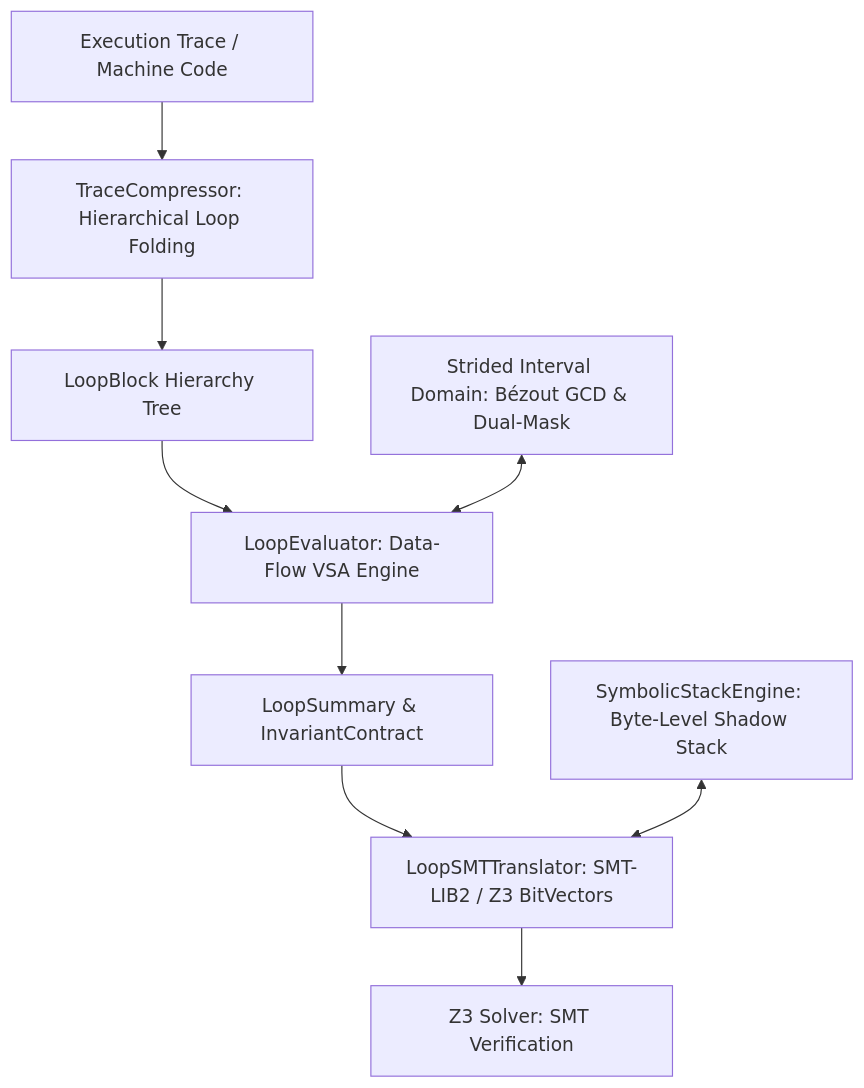
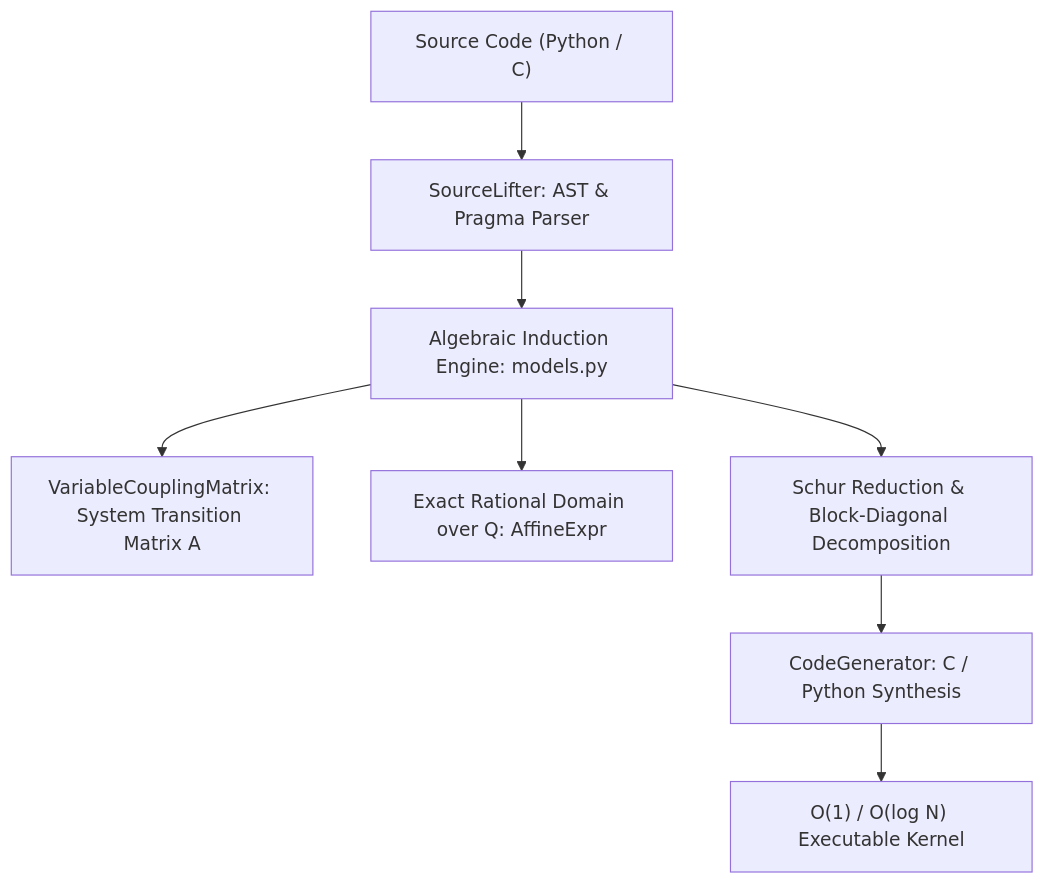
Before and after one commit to asama7706r-ui/strilight: the diagram in README.md, drawn with Mermaid. The commit also changed other lines of this file and 775 other files, not shown here.

Commit message:
release: v0.2.0 - High-Performance Algebraic Loop Acceleration & Exact Rational Recurrence Engine

````diff
--- a/README.md
+++ b/README.md
@@ -53,11 +82,10 @@
 ```mermaid
-graph TD
-    TRACE["Execution Trace / Machine Code"] --> COMP["TraceCompressor: Hierarchical Loop Folding"]
-    COMP --> LBLOCK["LoopBlock Hierarchy Tree"]
-    LBLOCK --> VSA["LoopEvaluator: Data-Flow VSA Engine"]
-    VSA --> SUMMARY["LoopSummary & InvariantContract"]
-    SUMMARY --> TRANS["LoopSMTTranslator: SMT-LIB2 / Z3 BitVectors"]
-    STACK["SymbolicStackEngine: Byte-Level Shadow Stack"] <--> TRANS
-    INT["Strided Interval Domain: Bézout GCD & Dual-Mask"] <--> VSA
-    TRANS --> SOLVER["Z3 Solver: SMT Verification"]
+flowchart TD
+    SRC["Source Code (Python / C)"] --> LIFTER["SourceLifter: AST & Pragma Parser"]
+    LIFTER --> VSA["Algebraic Induction Engine: models.py"]
+    VSA --> MATRIX["VariableCouplingMatrix: System Transition Matrix A"]
+    VSA --> QFIELD["Exact Rational Domain over Q: AffineExpr"]
+    VSA --> REDUCE["Schur Reduction & Block-Diagonal Decomposition"]
+    REDUCE --> CODEGEN["CodeGenerator: C / Python Synthesis"]
+    CODEGEN --> OUT["O(1) / O(log N) Executable Kernel"]
 ```
````
